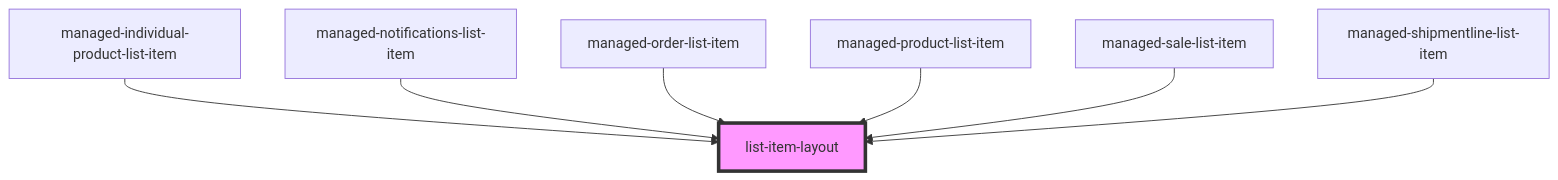
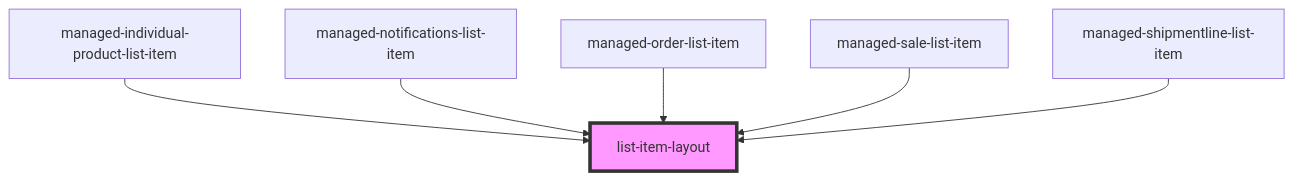
One commit to PharmaLedger-IMI/fgt-workspace changed the diagram in pdm-web-components/src/components/list-item-layout/readme.md. Above: the diagram before and after it, drawn with Mermaid. The commit also changed other lines of this file and 2 other files, not shown here.

Commit message:
refs #51 readme updated

````diff
--- a/pdm-web-components/src/components/list-item-layout/readme.md
+++ b/pdm-web-components/src/components/list-item-layout/readme.md
@@ -31,10 +30,9 @@
 ```mermaid
 graph TD;
   managed-individual-product-list-item --> list-item-layout
   managed-notifications-list-item --> list-item-layout
   managed-order-list-item --> list-item-layout
-  managed-product-list-item --> list-item-layout
   managed-sale-list-item --> list-item-layout
   managed-shipmentline-list-item --> list-item-layout
   style list-item-layout fill:#f9f,stroke:#333,stroke-width:4px
 ```
````
